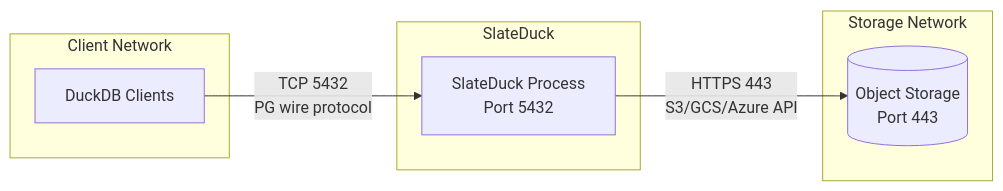
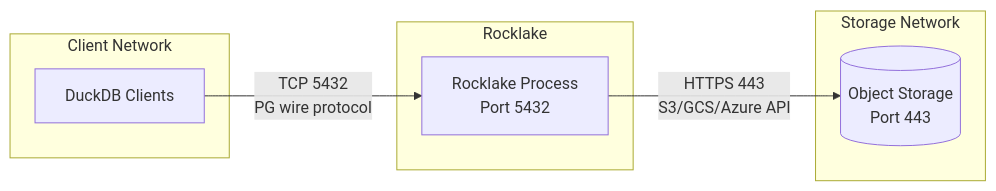
The diagram in docs/deployment/networking.md (trickle-labs/slateduck), drawn with Mermaid before and after one commit. The commit also changed other lines of this file and 396 other files, not shown here.

First line of the commit message:
rename: SlateDuck -> Rocklake across entire codebase

````diff
--- a/docs/deployment/networking.md
+++ b/docs/deployment/networking.md
@@ -11,17 +11,17 @@
 ```mermaid
 flowchart LR
     subgraph "Client Network"
         D[DuckDB Clients]
     end
     
-    subgraph "SlateDuck"
-        S[SlateDuck Process<br/>Port 5432]
+    subgraph "Rocklake"
+        S[Rocklake Process<br/>Port 5432]
     end
     
     subgraph "Storage Network"
         O[(Object Storage<br/>Port 443)]
     end
     
     D -->|"TCP 5432<br/>PG wire protocol"| S
     S -->|"HTTPS 443<br/>S3/GCS/Azure API"| O
 ```
````
